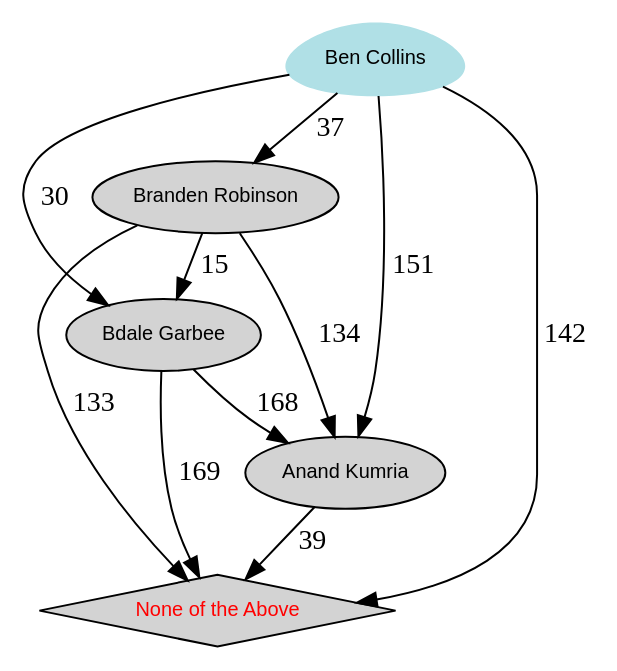
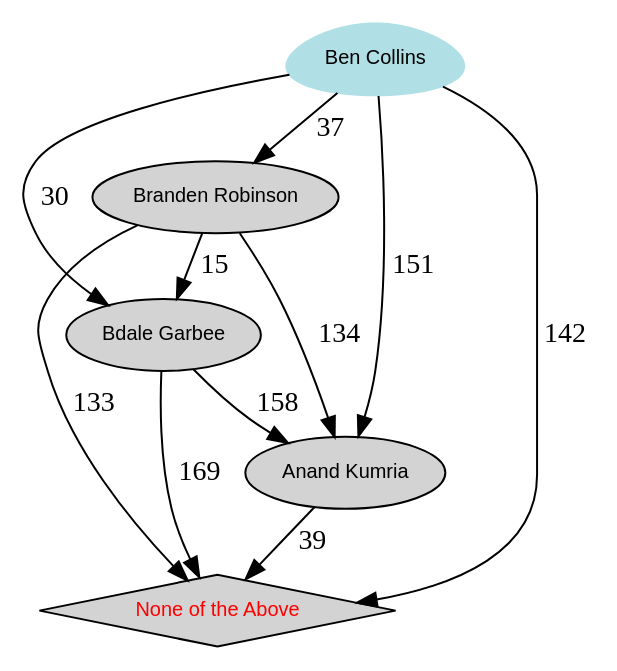
The diagram in english/vote/2001/vote_0001_results.dot (debiancn/debian.org), drawn with Graphviz before and after one commit. The commit also changed 1 other file, not shown here.

```diff
--- a/english/vote/2001/vote_0001_results.dot
+++ b/english/vote/2001/vote_0001_results.dot
@@ -1,18 +1,18 @@
 digraph Results {
   ranksep=0.25;
  "Branden Robinson" [ style="filled" , fontname="Helvetica", fontsize=10  ];
  "Branden Robinson" -> "Anand Kumria" [ label="134" ];
  "Branden Robinson" -> "Bdale Garbee" [ label="15" ];
  "Branden Robinson" -> "None of the Above" [ label="133" ];
  "Anand Kumria"  [ style="filled" , fontname="Helvetica", fontsize=10  ];
  "Anand Kumria" -> "None of the Above" [ label="39" ];
  "Ben Collins"  [ style="filled" , color="powderblue", shape=egg, fontcolor="Navy Blue", fontname="Helvetica", fontsize=10  ];
  "Ben Collins" -> "Branden Robinson" [ label="37" ];
  "Ben Collins" -> "Anand Kumria" [ label="151" ];
  "Ben Collins" -> "Bdale Garbee" [ label="30" ];
  "Ben Collins" -> "None of the Above" [ label="142" ];
  "Bdale Garbee" [ style="filled" , fontname="Helvetica", fontsize=10  ];
- "Bdale Garbee" -> "Anand Kumria" [ label="168" ];
+ "Bdale Garbee" -> "Anand Kumria" [ label="158" ];
  "Bdale Garbee" -> "None of the Above" [ label="169" ];
  "None of the Above" [ style="filled" , shape=diamond, fontcolor="Red", fontname="Helvetica", fontsize=10  ];
 }
```
